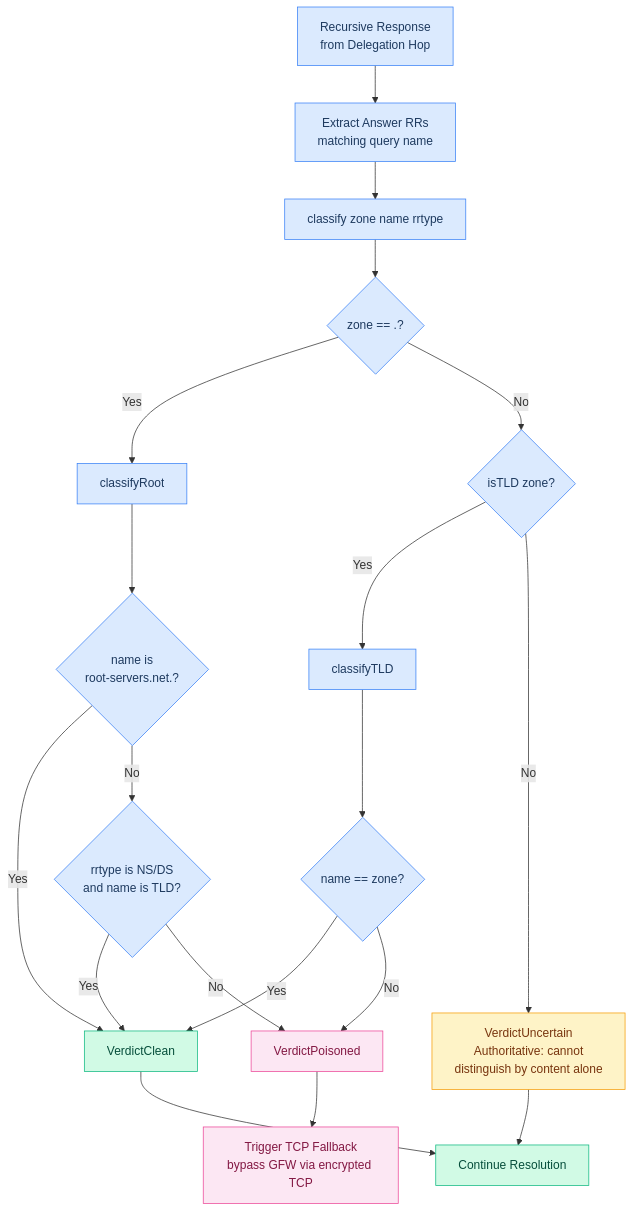
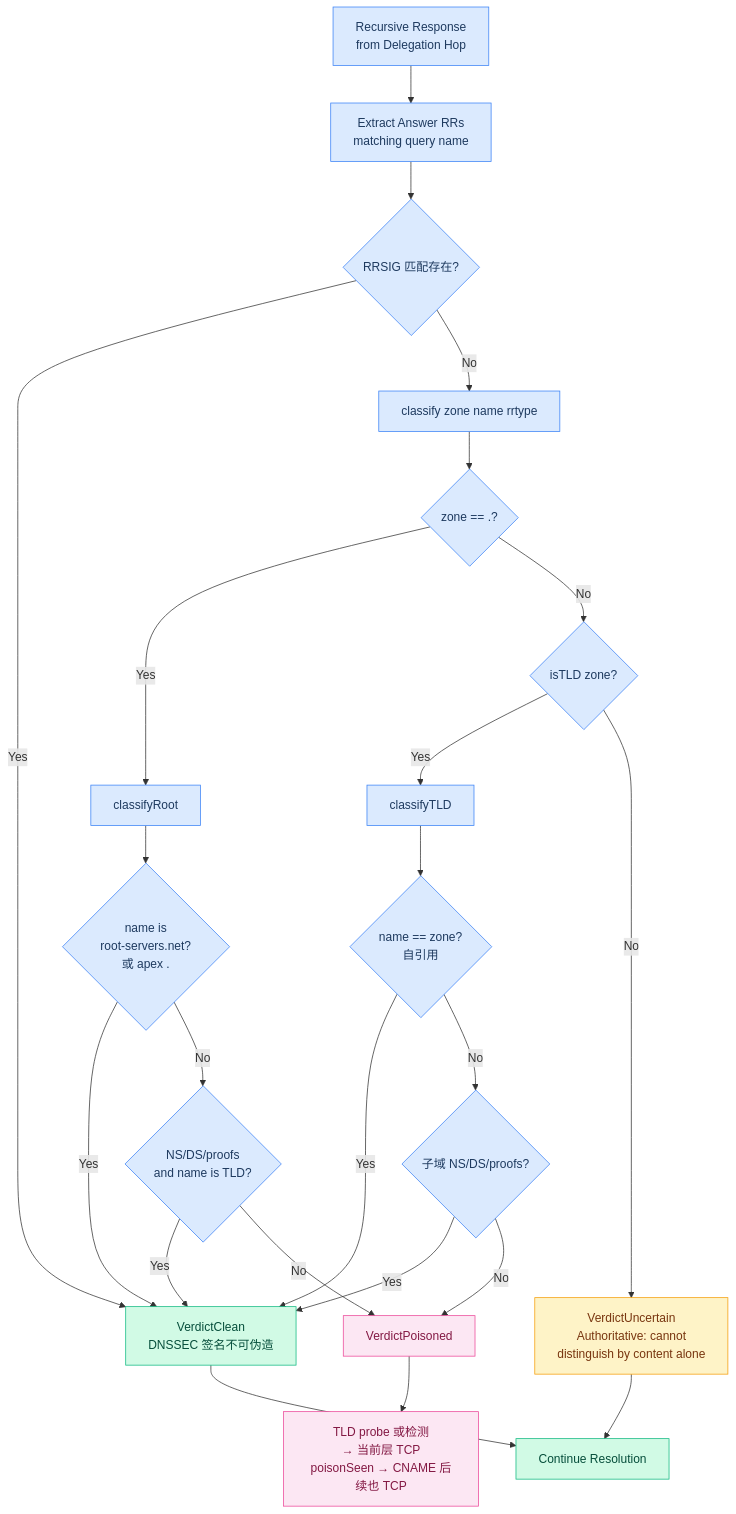
Before and after one commit to hezhijie0327/ZJDNS: diagram 17 of 30 in docs/FLOWCHARTS.md, drawn with Mermaid. The commit also changed other lines of this file and 8 other files, not shown here.

````diff
--- a/docs/FLOWCHARTS.md
+++ b/docs/FLOWCHARTS.md
@@ -352,29 +483,33 @@
 ```mermaid
 graph TD
     Q[Recursive Response<br/>from Delegation Hop] --> EXTRACT[Extract Answer RRs<br/>matching query name]
-    EXTRACT --> CLASSIFY[classify zone name rrtype]
+    EXTRACT --> SIG{RRSIG 匹配存在?}
+    SIG -->|Yes| CLEAN[VerdictClean<br/>DNSSEC 签名不可伪造]
+    SIG -->|No| CLASSIFY[classify zone name rrtype]
     CLASSIFY --> ROOT{zone == .?}
     ROOT -->|Yes| CR[classifyRoot]
-    CR --> ISROOT{name is<br/>root-servers.net.?}
-    ISROOT -->|Yes| CLEAN[VerdictClean]
-    ISROOT -->|No| ISTLD{rrtype is NS/DS<br/>and name is TLD?}
+    CR --> ISROOT{name is<br/>root-servers.net?<br/>或 apex .}
+    ISROOT -->|Yes| CLEAN
+    ISROOT -->|No| ISTLD{NS/DS/proofs<br/>and name is TLD?}
     ISTLD -->|Yes| CLEAN
     ISTLD -->|No| POISON[VerdictPoisoned]
     ROOT -->|No| TLD{isTLD zone?}
     TLD -->|Yes| CT[classifyTLD]
-    CT --> SAME{name == zone?}
+    CT --> SAME{name == zone?<br/>自引用}
     SAME -->|Yes| CLEAN
-    SAME -->|No| POISON
+    SAME -->|No| SUBDEL{子域 NS/DS/proofs?}
+    SUBDEL -->|Yes| CLEAN
+    SUBDEL -->|No| POISON
     TLD -->|No| UNCERTAIN[VerdictUncertain<br/>Authoritative: cannot<br/>distinguish by content alone]
-    POISON --> TCPFALL[Trigger TCP Fallback<br/>bypass GFW via encrypted TCP]
+    POISON --> TCPFALL[TLD probe 或检测<br/>→ 当前层 TCP<br/>poisonSeen → CNAME 后续也 TCP]
     CLEAN --> CONTINUE[Continue Resolution]
     UNCERTAIN --> CONTINUE
     classDef clean fill:#d1fae5,stroke:#10b981,color:#064e3b
     classDef poison fill:#fce7f3,stroke:#ec4899,color:#831843
     classDef uncertain fill:#fef3c7,stroke:#f59e0b,color:#78350f
     classDef proc fill:#dbeafe,stroke:#3b82f6,color:#1e3a5f
     class CLEAN,CONTINUE clean
     class POISON,TCPFALL poison
     class UNCERTAIN uncertain
-    class Q,EXTRACT,CLASSIFY,ROOT,CR,ISROOT,ISTLD,TLD,CT,SAME proc
+    class Q,EXTRACT,SIG,CLASSIFY,ROOT,CR,ISROOT,ISTLD,TLD,CT,SAME,SUBDEL proc
 ```
````
